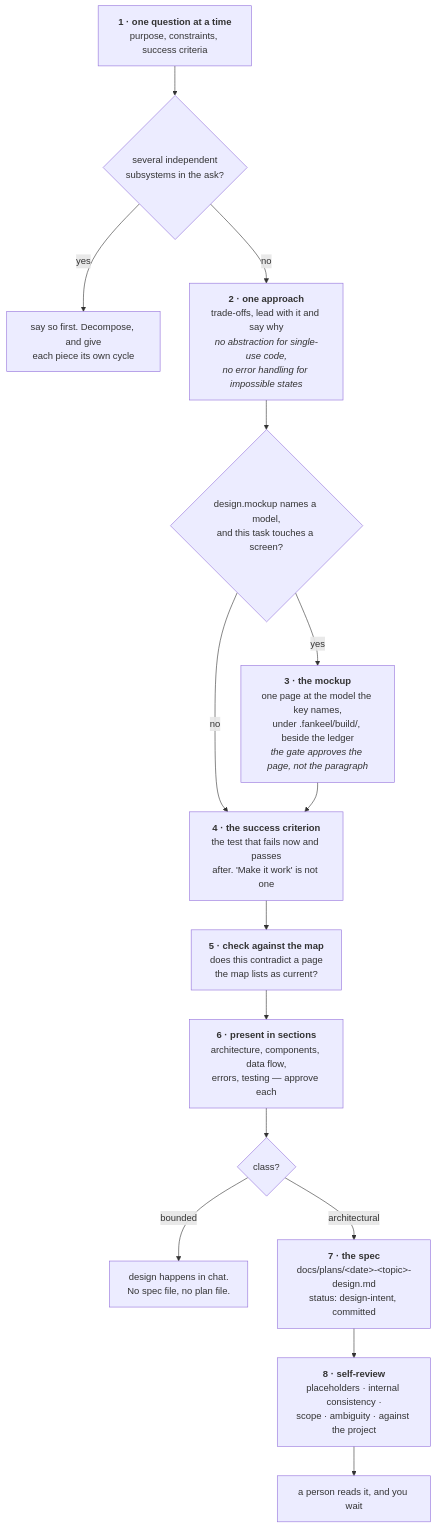
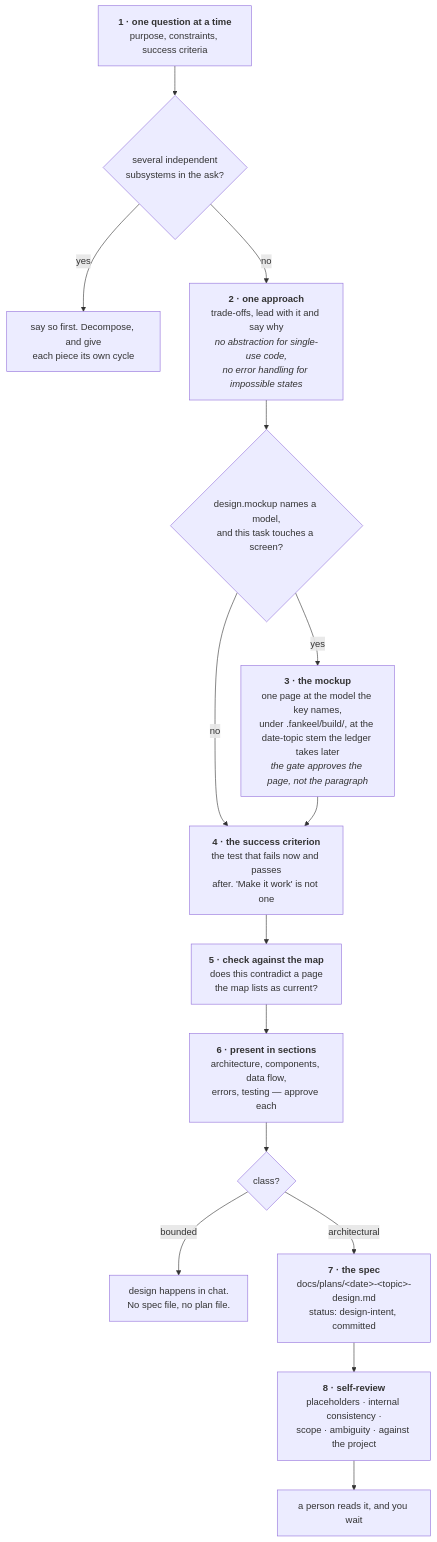
One commit to FanFantom9452/FanKeel changed the second of 8 diagrams in docs/pipeline.md. Above: the diagram before and after it, drawn with Mermaid. The commit also changed other lines of this file and 12 other files, not shown here.

````diff
--- a/docs/pipeline.md
+++ b/docs/pipeline.md
@@ -423,30 +423,30 @@
 ```mermaid
 flowchart TD
     A["<b>1 · one question at a time</b><br/>purpose, constraints, success criteria"]
     A0{"several independent<br/>subsystems in the ask?"}
     A1["say so first. Decompose, and give<br/>each piece its own cycle"]
     B["<b>2 · one approach</b><br/>trade-offs, lead with it and say why<br/><i>no abstraction for single-use code,<br/>no error handling for impossible states</i>"]
     B0{"design.mockup names a model,<br/>and this task touches a screen?"}
-    B1["<b>3 · the mockup</b><br/>one page at the model the key names,<br/>under .fankeel/build/, beside the ledger<br/><i>the gate approves the page, not the paragraph</i>"]
+    B1["<b>3 · the mockup</b><br/>one page at the model the key names,<br/>under .fankeel/build/, at the date-topic stem the ledger takes later<br/><i>the gate approves the page, not the paragraph</i>"]
     C["<b>4 · the success criterion</b><br/>the test that fails now and passes<br/>after. 'Make it work' is not one"]
     D["<b>5 · check against the map</b><br/>does this contradict a page<br/>the map lists as current?"]
     E["<b>6 · present in sections</b><br/>architecture, components, data flow,<br/>errors, testing — approve each"]
     F{"class?"}
     J["design happens in chat.<br/>No spec file, no plan file."]
     G["<b>7 · the spec</b><br/>docs/plans/&lt;date&gt;-&lt;topic&gt;-design.md<br/>status: design-intent, committed"]
     H["<b>8 · self-review</b><br/>placeholders · internal consistency ·<br/>scope · ambiguity · against the project"]
     I["a person reads it, and you wait"]
 
     A --> A0
     A0 -- yes --> A1
     A0 -- no --> B
     B --> B0
     B0 -- no --> C
     B0 -- yes --> B1
     B1 --> C
     C --> D --> E --> F
     F -- "bounded" --> J
     F -- "architectural" --> G
     G --> H
     H --> I
 ```
````
